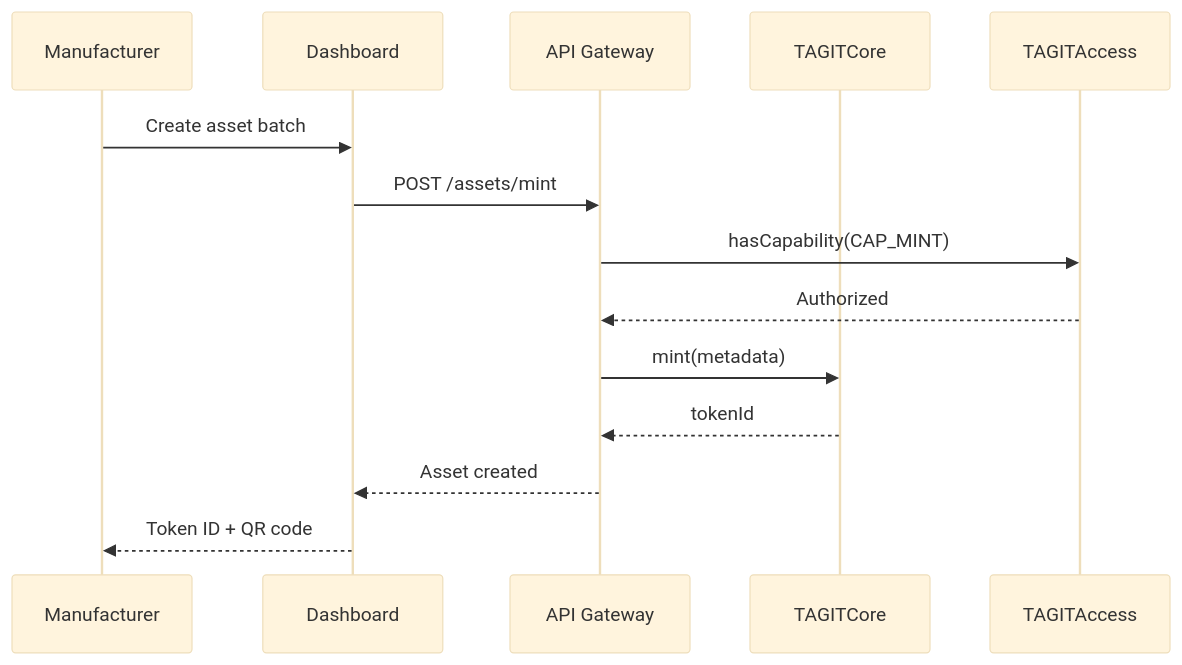
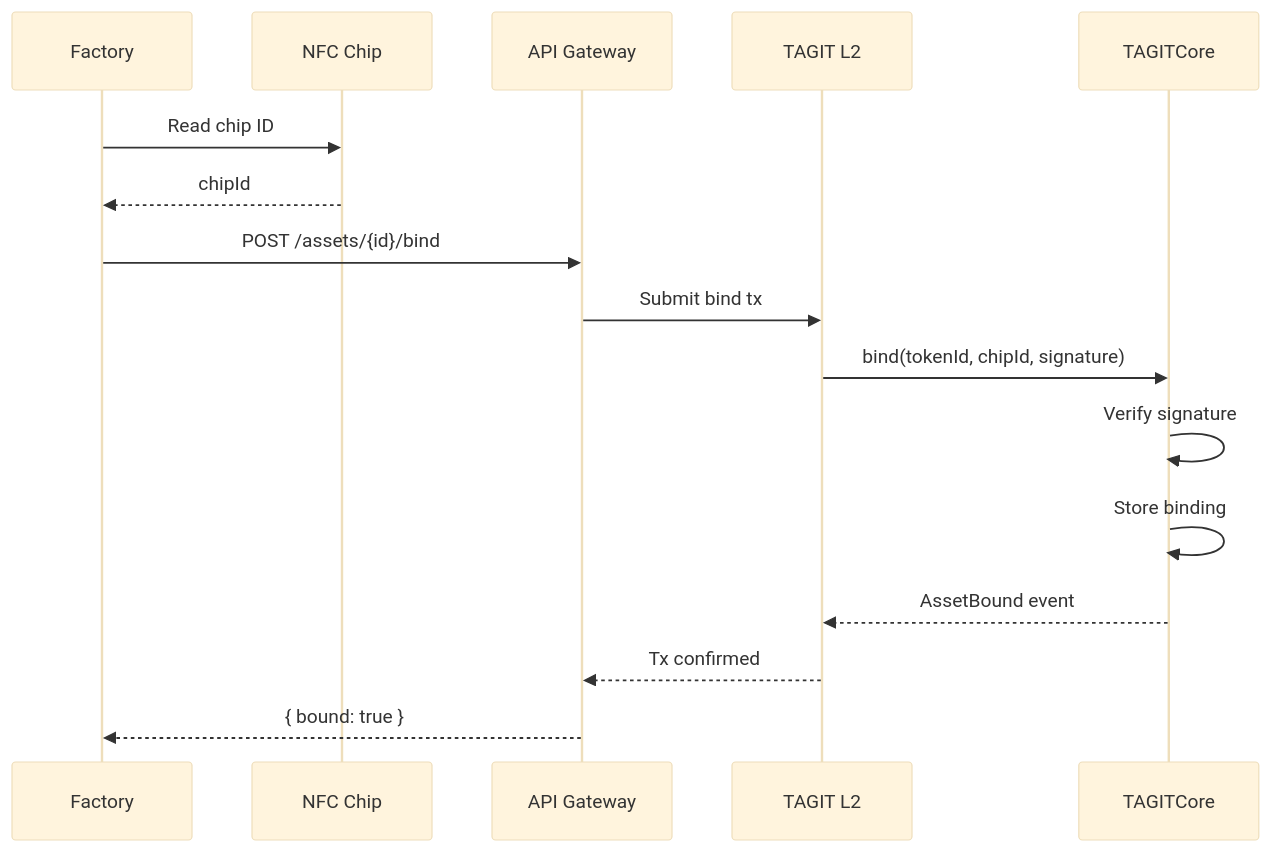
One commit to TAG-IT-NETWORK/tagit-docs changed the third of 6 diagrams in docs/architecture/data-flow.md. Above: the diagram before and after it, drawn with Mermaid (base theme). The commit also changed other lines of this file and 8 other files, not shown here.

First line of the commit message:
docs: Phase 2 Core Scaffold - Architecture, Contracts, Glossary

````diff
--- a/docs/architecture/data-flow.md
+++ b/docs/architecture/data-flow.md
@@ -40,17 +78,19 @@
 ```mermaid
 sequenceDiagram
-    participant Mfr as Manufacturer
-    participant Dash as Dashboard
+    participant Factory
+    participant NFC as NFC Chip
     participant API as API Gateway
+    participant L2 as TAGIT L2
     participant Core as TAGITCore
-    participant Access as TAGITAccess
 
-    Mfr->>Dash: Create asset batch
-    Dash->>API: POST /assets/mint
-    API->>Access: hasCapability(CAP_MINT)
-    Access-->>API: Authorized
-    API->>Core: mint(metadata)
-    Core-->>API: tokenId
-    API-->>Dash: Asset created
-    Dash-->>Mfr: Token ID + QR code
+    Factory->>NFC: Read chip ID
+    NFC-->>Factory: chipId
+    Factory->>API: POST /assets/{id}/bind
+    API->>L2: Submit bind tx
+    L2->>Core: bind(tokenId, chipId, signature)
+    Core->>Core: Verify signature
+    Core->>Core: Store binding
+    Core-->>L2: AssetBound event
+    L2-->>API: Tx confirmed
+    API-->>Factory: { bound: true }
 ```
````
